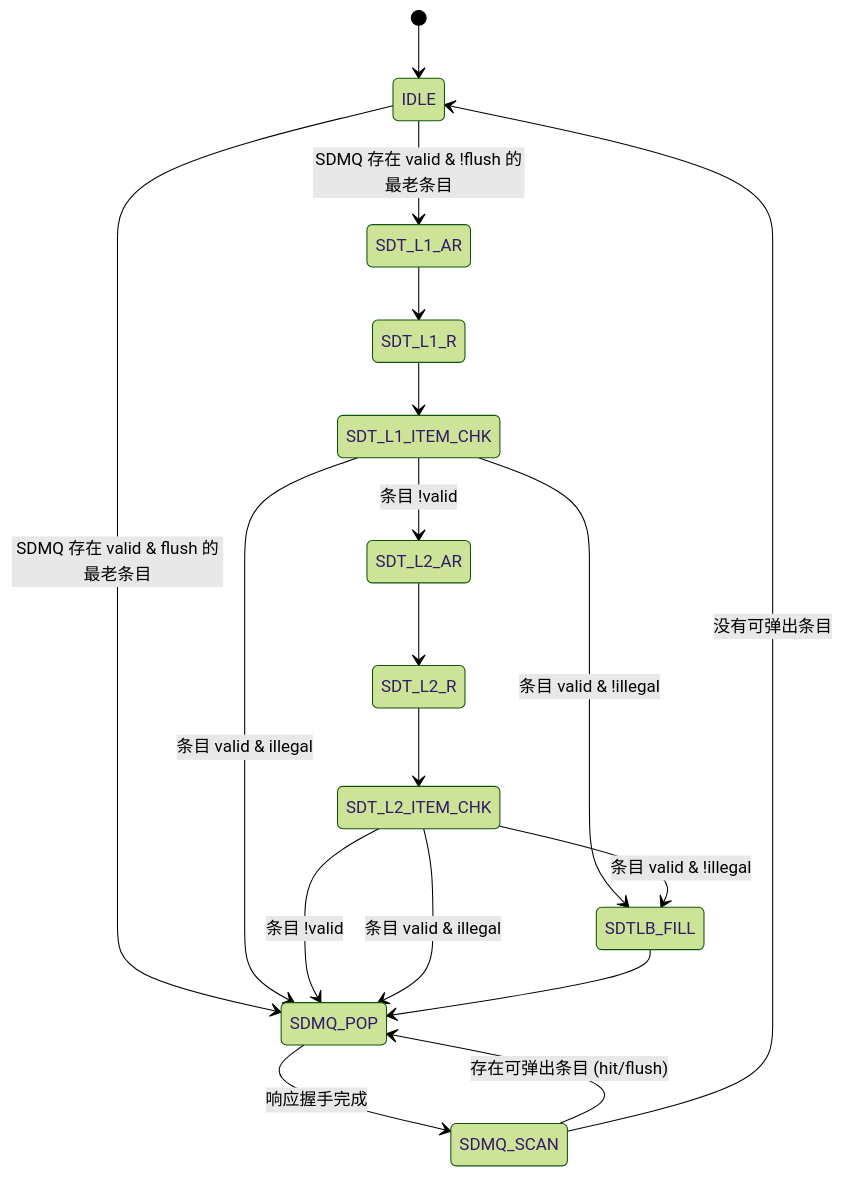
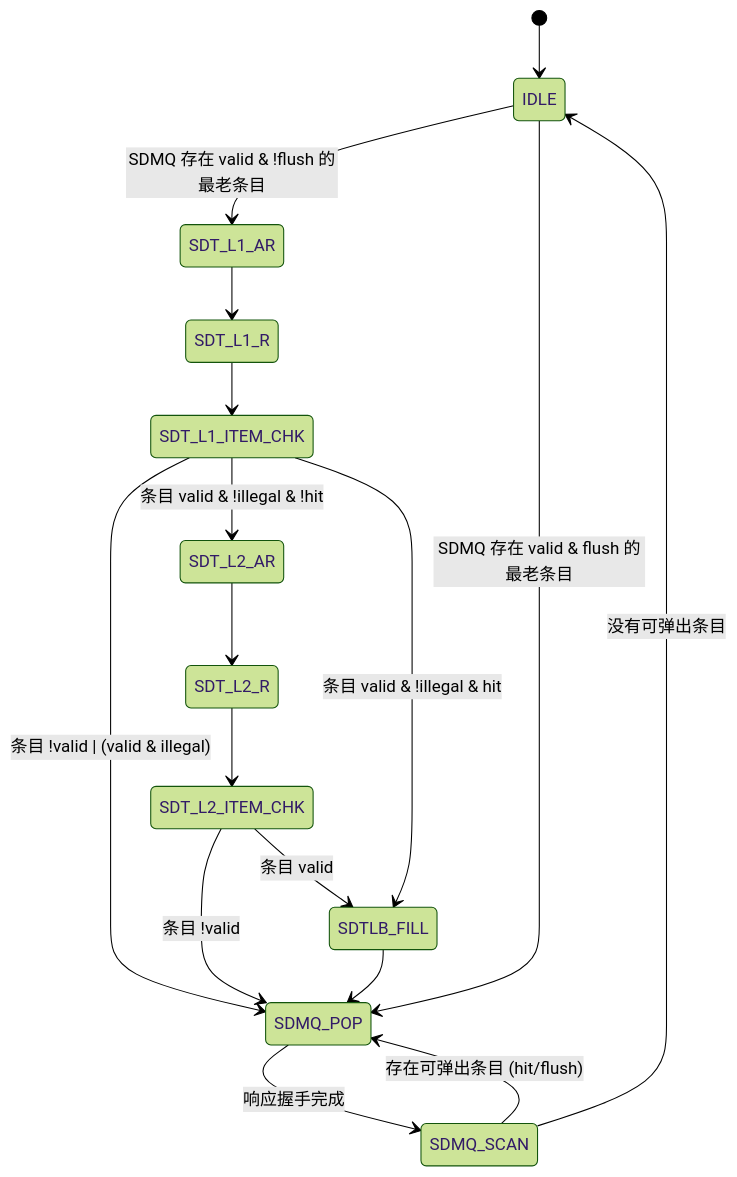
The third of 5 diagrams in doc/design_plan/SDecoder设计方案/SDecoder 设计方案 v0.9.md (DuBirdFly/C1_SDecoder), drawn with Mermaid (forest theme) before and after one commit. The commit also changed other lines of this file, not shown here.

Commit message:
docs(design): 按转移表细化 SDPWU 状态机分支并补充 SDT_L1_ITEM_CHK 转移表

````diff
--- a/doc/design_plan/SDecoder设计方案/SDecoder 设计方案 v0.9.md
+++ b/doc/design_plan/SDecoder设计方案/SDecoder 设计方案 v0.9.md
@@ -262,20 +262,19 @@
 ```mermaid
 stateDiagram-v2
     [*] --> IDLE
     IDLE --> SDT_L1_AR: SDMQ 存在 valid & !flush 的最老条目
     IDLE --> SDMQ_POP: SDMQ 存在 valid & flush 的最老条目
     SDT_L1_AR --> SDT_L1_R
     SDT_L1_R --> SDT_L1_ITEM_CHK
-    SDT_L1_ITEM_CHK --> SDT_L2_AR: 条目 !valid
-    SDT_L1_ITEM_CHK --> SDTLB_FILL: 条目 valid & !illegal
-    SDT_L1_ITEM_CHK --> SDMQ_POP: 条目 valid & illegal
+    SDT_L1_ITEM_CHK --> SDMQ_POP: 条目 !valid | (valid & illegal)
+    SDT_L1_ITEM_CHK --> SDT_L2_AR: 条目 valid & !illegal & !hit
+    SDT_L1_ITEM_CHK --> SDTLB_FILL: 条目 valid & !illegal & hit
     SDT_L2_AR --> SDT_L2_R
     SDT_L2_R --> SDT_L2_ITEM_CHK
     SDT_L2_ITEM_CHK --> SDMQ_POP: 条目 !valid
-    SDT_L2_ITEM_CHK --> SDTLB_FILL: 条目 valid & !illegal
-    SDT_L2_ITEM_CHK --> SDMQ_POP: 条目 valid & illegal
+    SDT_L2_ITEM_CHK --> SDTLB_FILL: 条目 valid
     SDTLB_FILL --> SDMQ_POP
     SDMQ_SCAN --> SDMQ_POP: 存在可弹出条目 (hit/flush)
     SDMQ_SCAN --> IDLE: 没有可弹出条目
     SDMQ_POP --> SDMQ_SCAN: 响应握手完成
 ```
````
